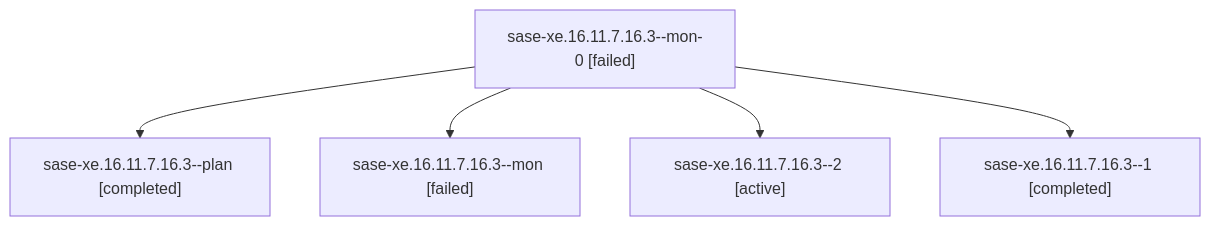
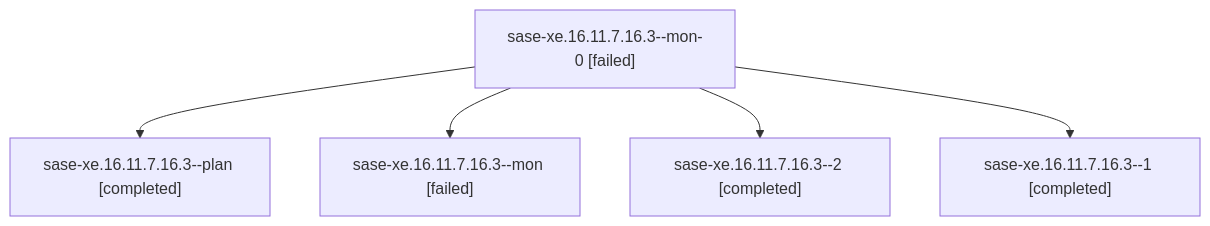
One commit to sase-org/sase--agents changed the diagram in families/bbugyi200.apollo.sase-xe.16.11.7.16.3.md. Above: the diagram before and after it, drawn with Mermaid. The commit also changed other lines of this file and 84 other files, not shown here.

````diff
--- a/families/bbugyi200.apollo.sase-xe.16.11.7.16.3.md
+++ b/families/bbugyi200.apollo.sase-xe.16.11.7.16.3.md
@@ -9,12 +9,12 @@
 ```mermaid
 flowchart TD
   n0["sase-xe.16.11.7.16.3--mon-0 [failed]"]
   n1["sase-xe.16.11.7.16.3--plan [completed]"]
   n0 --> n1
   n2["sase-xe.16.11.7.16.3--mon [failed]"]
   n0 --> n2
-  n3["sase-xe.16.11.7.16.3--2 [active]"]
+  n3["sase-xe.16.11.7.16.3--2 [completed]"]
   n0 --> n3
   n4["sase-xe.16.11.7.16.3--1 [completed]"]
   n0 --> n4
 ```
````
